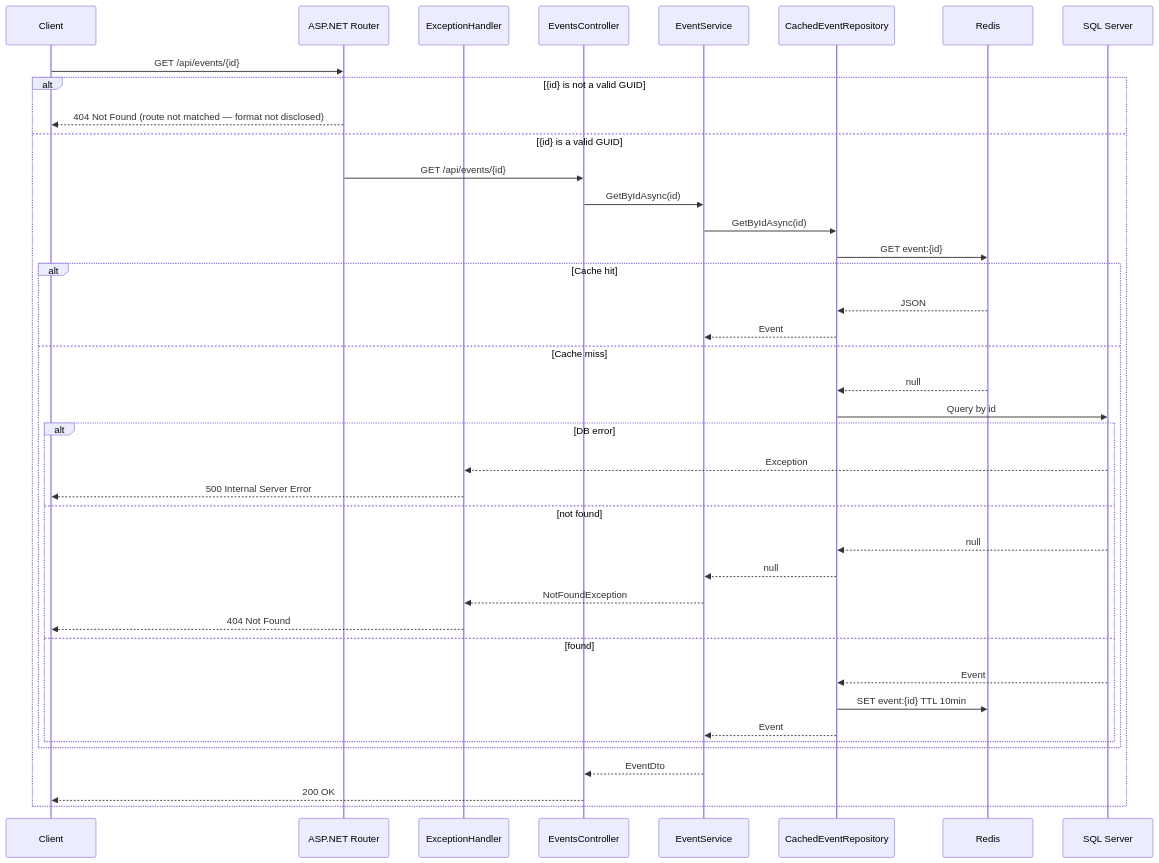
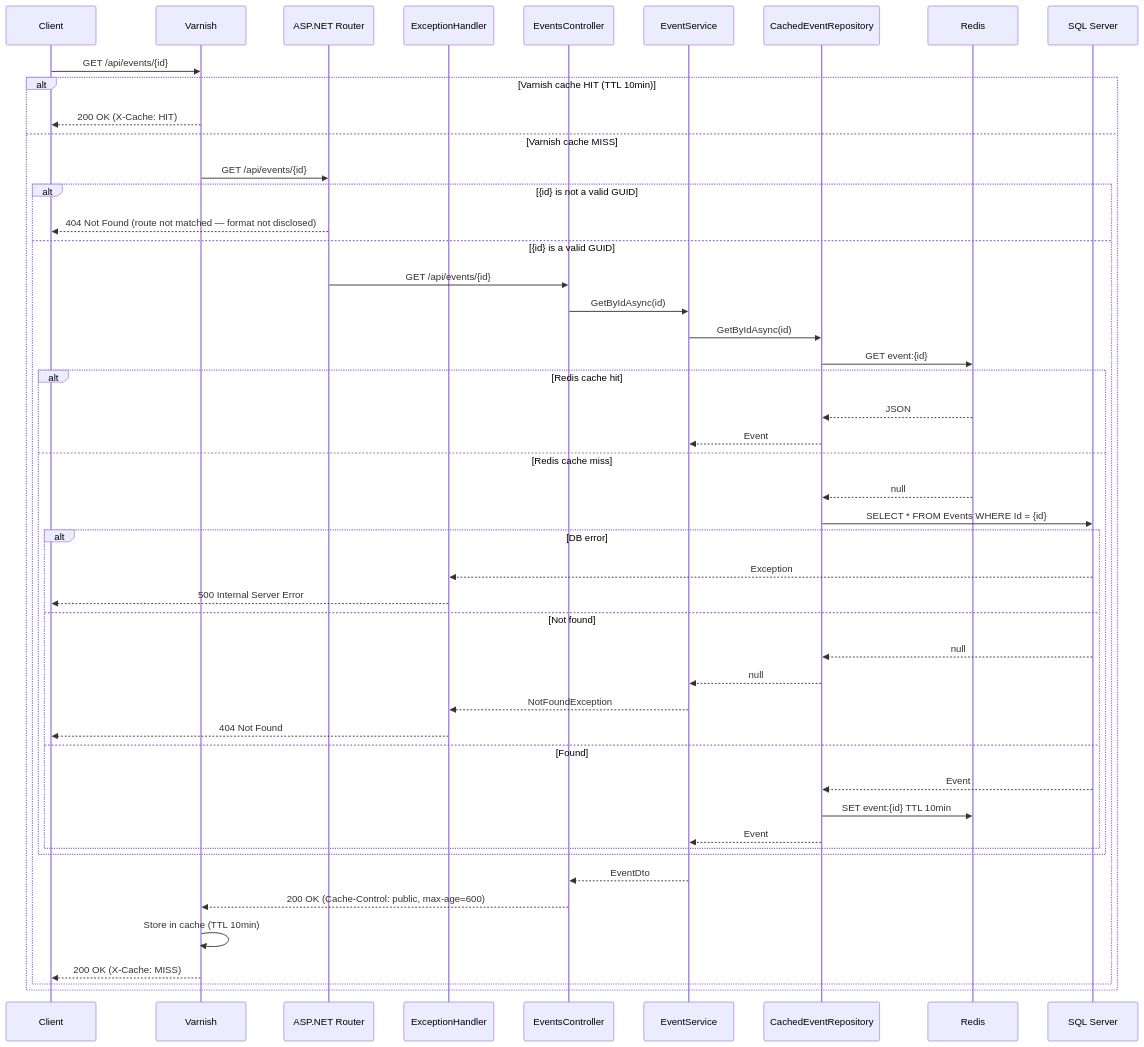
Before and after one commit to LaurentCondoure/EventManager: the diagram in documents/Technical/flows/GET-event.md, drawn with Mermaid. The commit also changed 8 other files, not shown here.

Commit message:
docs: update project's documents. Completed test strategy, update Architecture and flows

````diff
--- a/documents/Technical/flows/GET-event.md
+++ b/documents/Technical/flows/GET-event.md
@@ -1,43 +1,51 @@
 ```mermaid
 sequenceDiagram
     participant Client
+    participant Varnish
     participant Router as ASP.NET Router
     participant EH as ExceptionHandler
     participant API as EventsController
     participant Service as EventService
     participant Cache as CachedEventRepository
     participant Redis
     participant DB as SQL Server
 
-    Client->>Router: GET /api/events/{id}
-    alt {id} is not a valid GUID
-        Router-->>Client: 404 Not Found (route not matched — format not disclosed)
-    else {id} is a valid GUID
-        Router->>API: GET /api/events/{id}
-        API->>Service: GetByIdAsync(id)
-        Service->>Cache: GetByIdAsync(id)
-        Cache->>Redis: GET event:{id}
-        alt Cache hit
-            Redis-->>Cache: JSON
-            Cache-->>Service: Event
-        else Cache miss
-            Redis-->>Cache: null
-            Cache->>DB: Query by id
-            alt DB error
-                DB-->>EH: Exception
-                EH-->>Client: 500 Internal Server Error
-            else not found
-                DB-->>Cache: null
-                Cache-->>Service: null
-                Service-->>EH: NotFoundException
-                EH-->>Client: 404 Not Found
-            else found
-                DB-->>Cache: Event
-                Cache->>Redis: SET event:{id} TTL 10min
+    Client->>Varnish: GET /api/events/{id}
+    alt Varnish cache HIT (TTL 10min)
+        Varnish-->>Client: 200 OK (X-Cache: HIT)
+    else Varnish cache MISS
+        Varnish->>Router: GET /api/events/{id}
+        alt {id} is not a valid GUID
+            Router-->>Client: 404 Not Found (route not matched — format not disclosed)
+        else {id} is a valid GUID
+            Router->>API: GET /api/events/{id}
+            API->>Service: GetByIdAsync(id)
+            Service->>Cache: GetByIdAsync(id)
+            Cache->>Redis: GET event:{id}
+            alt Redis cache hit
+                Redis-->>Cache: JSON
                 Cache-->>Service: Event
+            else Redis cache miss
+                Redis-->>Cache: null
+                Cache->>DB: SELECT * FROM Events WHERE Id = {id}
+                alt DB error
+                    DB-->>EH: Exception
+                    EH-->>Client: 500 Internal Server Error
+                else Not found
+                    DB-->>Cache: null
+                    Cache-->>Service: null
+                    Service-->>EH: NotFoundException
+                    EH-->>Client: 404 Not Found
+                else Found
+                    DB-->>Cache: Event
+                    Cache->>Redis: SET event:{id} TTL 10min
+                    Cache-->>Service: Event
+                end
             end
+            Service-->>API: EventDto
+            API-->>Varnish: 200 OK (Cache-Control: public, max-age=600)
+            Varnish->>Varnish: Store in cache (TTL 10min)
+            Varnish-->>Client: 200 OK (X-Cache: MISS)
         end
-        Service-->>API: EventDto
-        API-->>Client: 200 OK
     end
 ```
````
